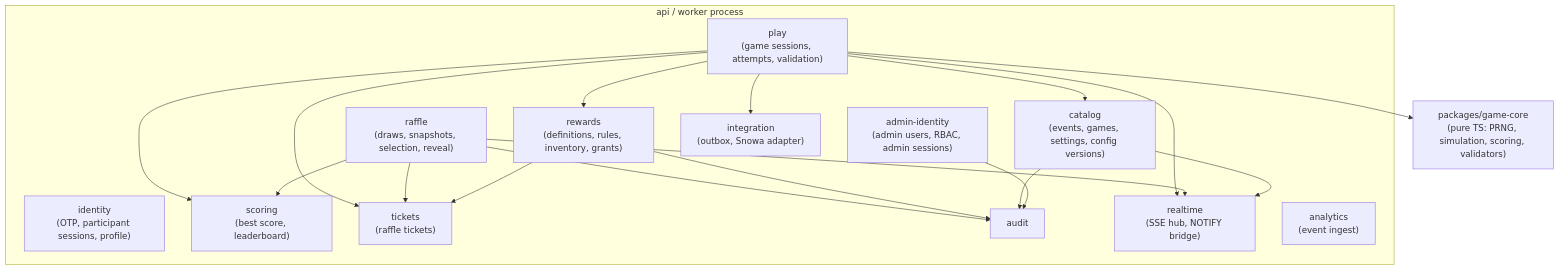
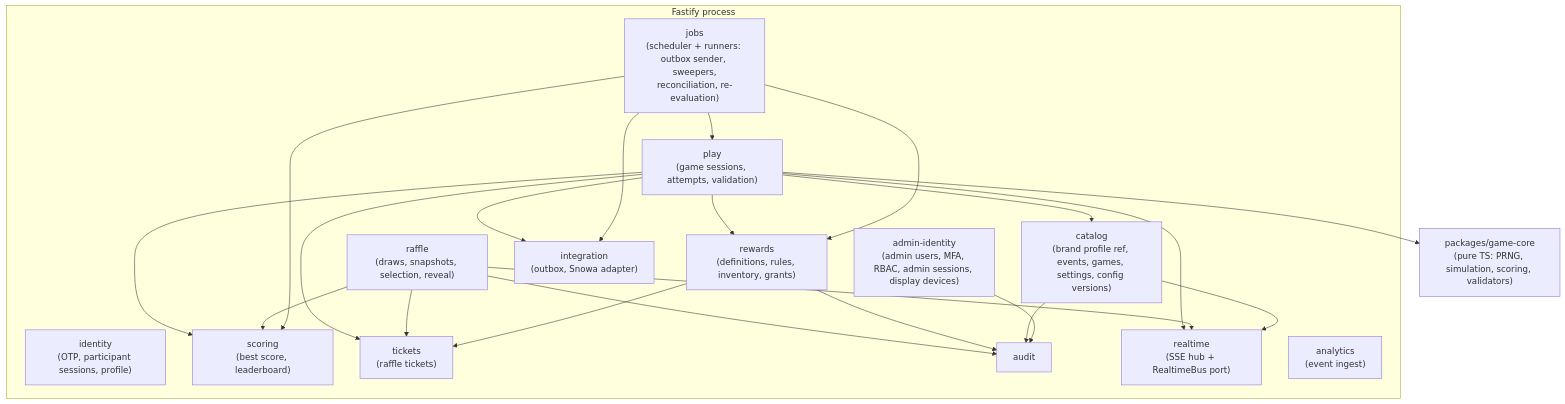
One commit to osameh15/Snowa-Exhibition-Game changed the second of 2 diagrams in docs/01-architecture/02-containers-and-components.md. Above: the diagram before and after it, drawn with Mermaid. The commit also changed other lines of this file and 61 other files, not shown here.

First line of the commit message:
docs: right-size secure exhibition architecture

````diff
--- a/docs/01-architecture/02-containers-and-components.md
+++ b/docs/01-architecture/02-containers-and-components.md
@@ -53,35 +43,40 @@
 ```mermaid
 flowchart TB
-  subgraph api["api / worker process"]
+  subgraph proc["Fastify process"]
     AUTH["identity<br/>(OTP, participant sessions, profile)"]
-    CAT["catalog<br/>(events, games, settings, config versions)"]
+    CAT["catalog<br/>(brand profile ref, events, games, settings, config versions)"]
     PLAY["play<br/>(game sessions, attempts, validation)"]
     SCORE["scoring<br/>(best score, leaderboard)"]
     TIX["tickets<br/>(raffle tickets)"]
     REW["rewards<br/>(definitions, rules, inventory, grants)"]
     DRAW["raffle<br/>(draws, snapshots, selection, reveal)"]
-    ADMINM["admin-identity<br/>(admin users, RBAC, admin sessions)"]
+    ADMINM["admin-identity<br/>(admin users, MFA, RBAC, admin sessions, display devices)"]
     AUD["audit"]
-    RT["realtime<br/>(SSE hub, NOTIFY bridge)"]
+    RT["realtime<br/>(SSE hub + RealtimeBus port)"]
     INT["integration<br/>(outbox, Snowa adapter)"]
     ANA["analytics<br/>(event ingest)"]
+    JOBS["jobs<br/>(scheduler + runners: outbox sender, sweepers,<br/>reconciliation, re-evaluation)"]
   end
   GC["packages/game-core<br/>(pure TS: PRNG, simulation, scoring, validators)"]
 
   PLAY --> CAT
   PLAY --> GC
   PLAY --> SCORE
   PLAY --> TIX
   PLAY --> REW
   PLAY --> INT
   PLAY --> RT
   DRAW --> TIX
   DRAW --> SCORE
   DRAW --> AUD
   DRAW --> RT
   REW --> TIX
   REW --> AUD
   CAT --> AUD
   CAT --> RT
   ADMINM --> AUD
+  JOBS --> INT
+  JOBS --> PLAY
+  JOBS --> REW
+  JOBS --> SCORE
 ```
````
